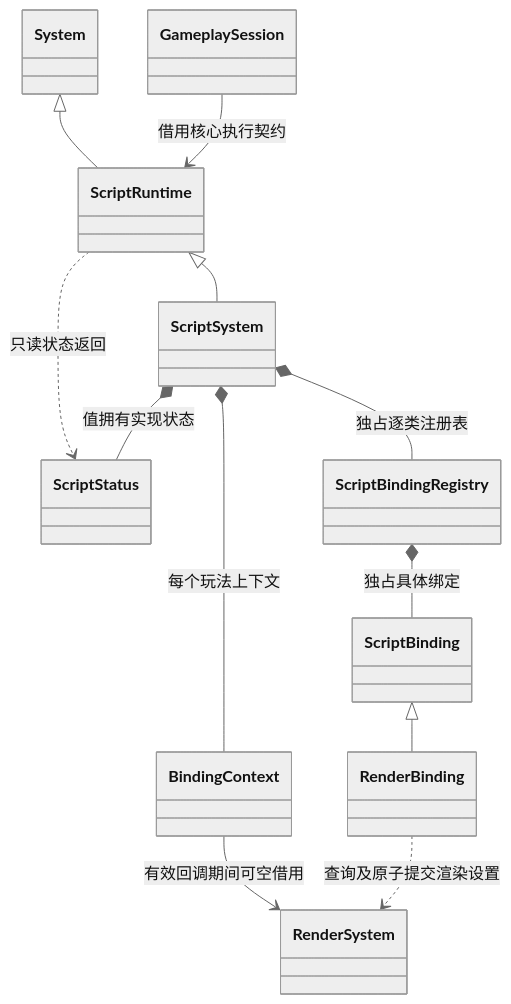
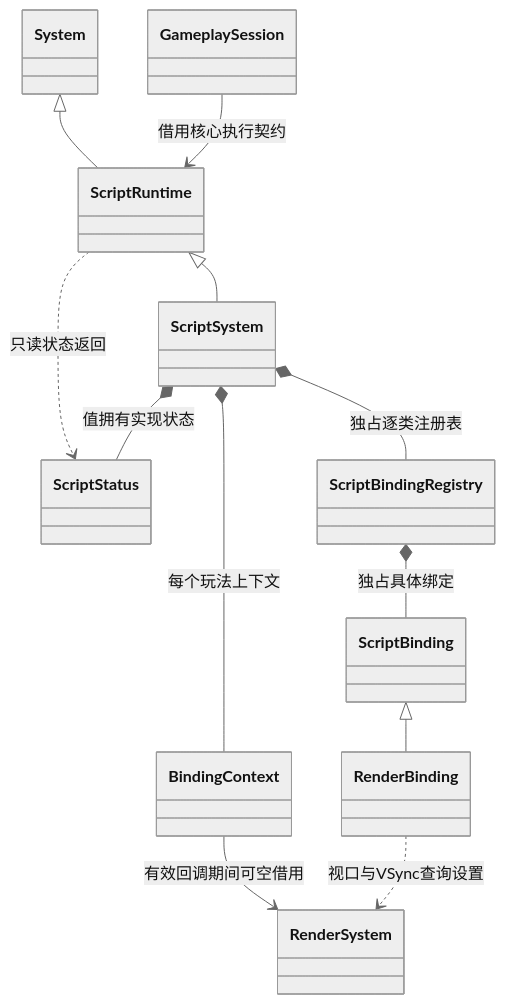
Before and after one commit to lcals/Engine: diagram 20 of 35 in docs/class-diagrams/references.md, drawn with Mermaid (neutral theme). The commit also changed other lines of this file and 195 other files, not shown here.

````diff
--- a/docs/class-diagrams/references.md
+++ b/docs/class-diagrams/references.md
@@ -669,24 +651,24 @@
 ```mermaid
 classDiagram
     class System
     class ScriptRuntime
     class ScriptStatus
     class ScriptSystem
     class ScriptBinding
     class ScriptBindingRegistry
     class GameplaySession
     System <|-- ScriptRuntime
     ScriptRuntime <|-- ScriptSystem
     GameplaySession --> ScriptRuntime : 借用核心执行契约
     ScriptRuntime ..> ScriptStatus : 只读状态返回
     ScriptSystem *-- ScriptStatus : 值拥有实现状态
     ScriptSystem *-- ScriptBindingRegistry : 独占逐类注册表
     ScriptBindingRegistry *-- ScriptBinding : 独占具体绑定
     class BindingContext
     class RenderBinding
     class RenderSystem
     ScriptSystem *-- BindingContext : 每个玩法上下文
     ScriptBinding <|-- RenderBinding
     BindingContext --> RenderSystem : 有效回调期间可空借用
-    RenderBinding ..> RenderSystem : 查询及原子提交渲染设置
+    RenderBinding ..> RenderSystem : 视口与VSync查询设置
 ```
````
